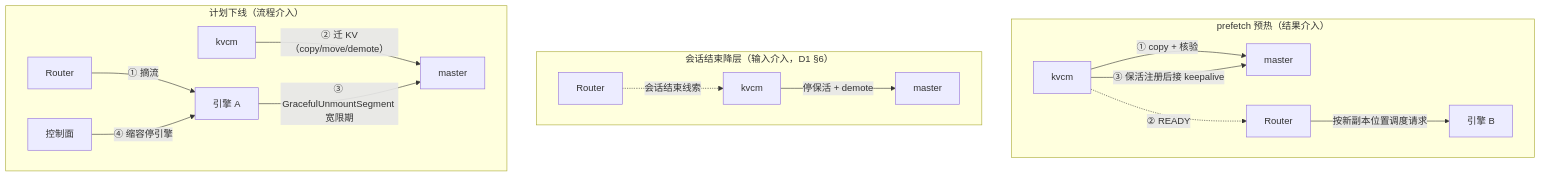
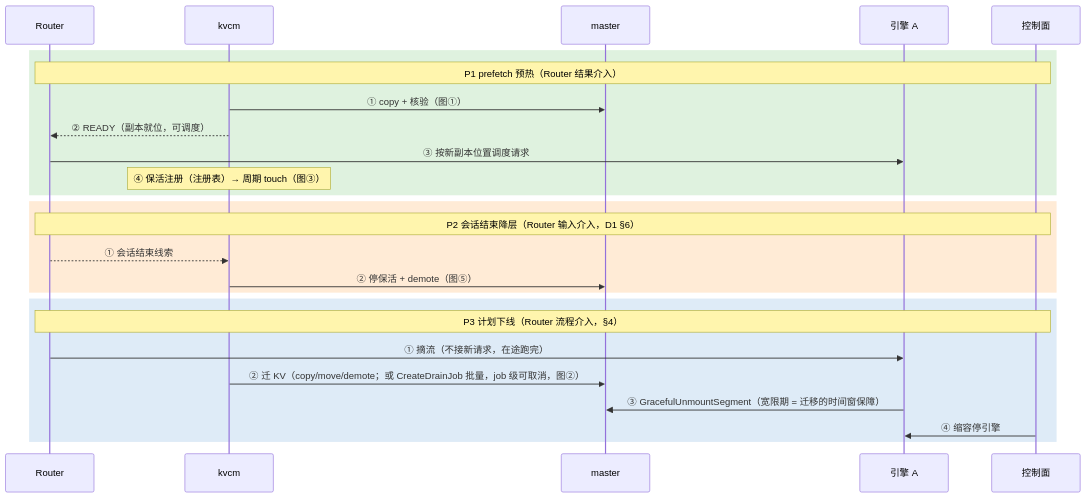
One commit to 5x8-40/lake changed the tenth of 10 diagrams in kvcm/D2-kv-operations.md. Above: the diagram before and after it, drawn with Mermaid. The commit also changed other lines of this file, not shown here.

First line of the commit message:
docs(kvcm): 操作图全量时序化，方案完整进图

````diff
--- a/kvcm/D2-kv-operations.md
+++ b/kvcm/D2-kv-operations.md
@@ -549,19 +636,30 @@
 ```mermaid
-flowchart TB
-    subgraph P1["prefetch 预热（结果介入）"]
-        K1["kvcm"] -->|"① copy + 核验"| M1["master"]
-        K1 -.->|"② READY"| R1["Router"]
-        R1 -->|"按新副本位置调度请求"| B1["引擎 B"]
-        K1 -->|"③ 保活注册后接 keepalive"| M1
+sequenceDiagram
+    participant R as Router
+    participant K as kvcm
+    participant M as master
+    participant E as 引擎 A
+    participant C as 控制面
+
+    rect rgb(223, 242, 223)
+    Note over R,C: P1 prefetch 预热（Router 结果介入）
+    K->>M: ① copy + 核验（图①）
+    K-->>R: ② READY（副本就位，可调度）
+    R->>E: ③ 按新副本位置调度请求
+    Note over K: ④ 保活注册（注册表）→ 周期 touch（图③）
     end
-    subgraph P2["会话结束降层（输入介入，D1 §6）"]
-        R2["Router"] -.->|"会话结束线索"| K2["kvcm"]
-        K2 -->|"停保活 + demote"| M2["master"]
+
+    rect rgb(255, 235, 214)
+    Note over R,C: P2 会话结束降层（Router 输入介入，D1 §6）
+    R-->>K: ① 会话结束线索
+    K->>M: ② 停保活 + demote（图⑤）
     end
-    subgraph P3["计划下线（流程介入）"]
-        R3["Router"] -->|"① 摘流"| E3["引擎 A"]
-        K3["kvcm"] -->|"② 迁 KV（copy/move/demote）"| M3["master"]
-        E3 -->|"③ GracefulUnmountSegment 宽限期"| M3
-        C3["控制面"] -->|"④ 缩容停引擎"| E3
+
+    rect rgb(222, 235, 247)
+    Note over R,C: P3 计划下线（Router 流程介入，§4）
+    R->>E: ① 摘流（不接新请求，在途跑完）
+    K->>M: ② 迁 KV（copy/move/demote；或 CreateDrainJob 批量，job 级可取消，图②）
+    E->>M: ③ GracefulUnmountSegment（宽限期 = 迁移的时间窗保障）
+    C->>E: ④ 缩容停引擎
     end
 ```
````
